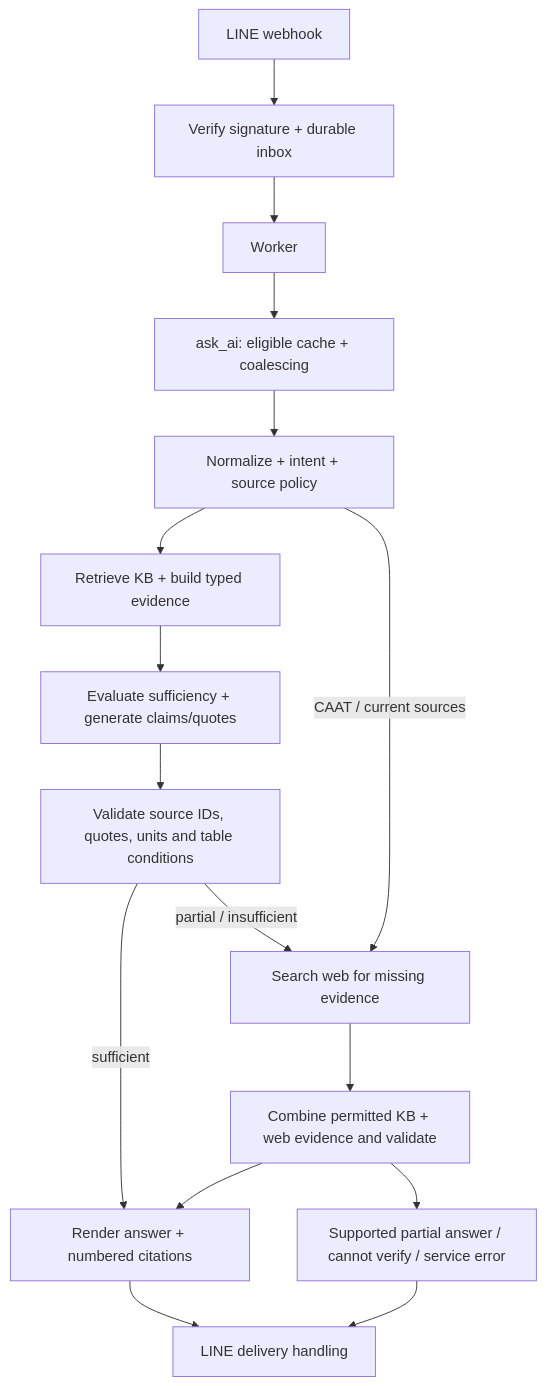
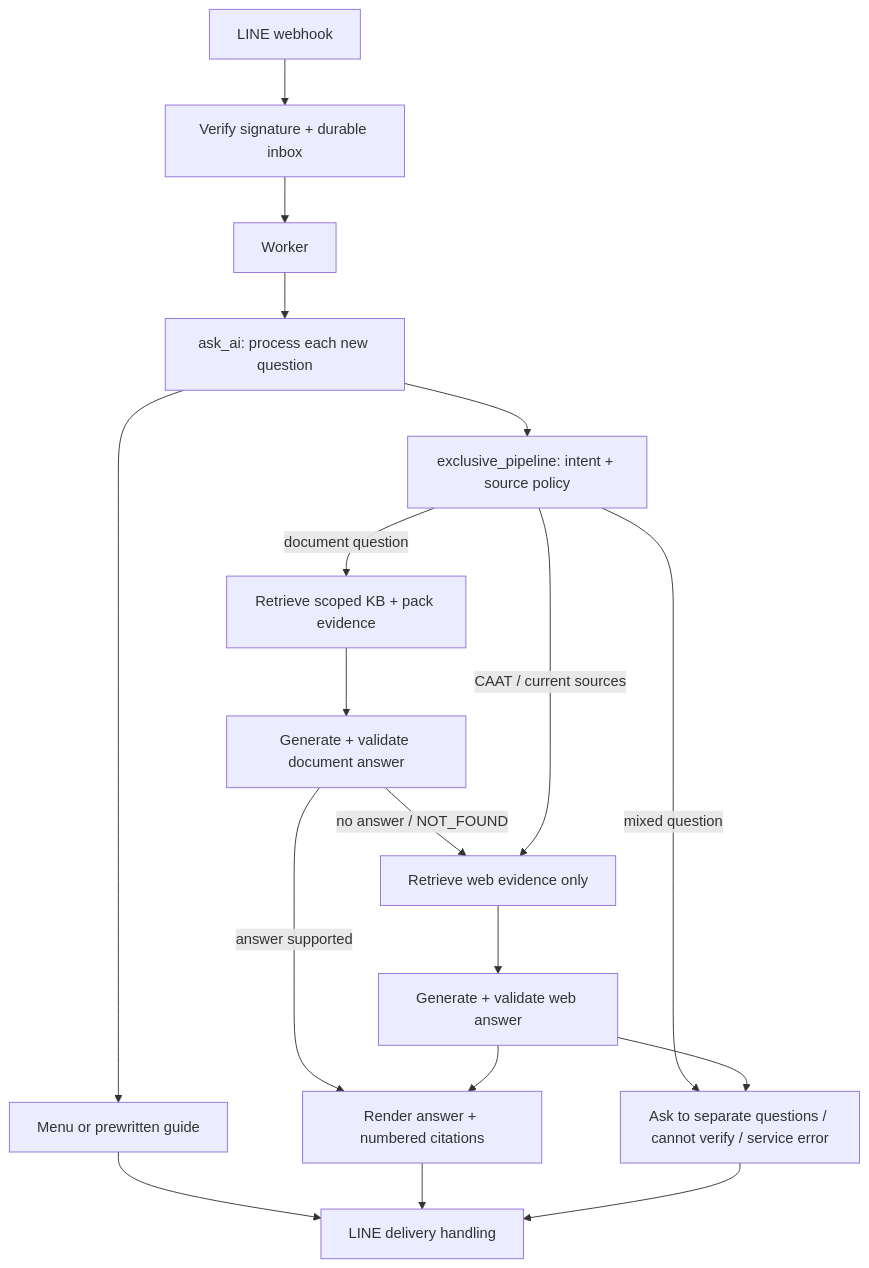
One commit to Kunasin-6444/WAD26-03-agriculture-drone-chatbot changed the diagram in docs/ARCHITECTURE.md. Above: the diagram before and after it, drawn with Mermaid. The commit also changed other lines of this file and 116 other files, not shown here.

````diff
--- a/docs/ARCHITECTURE.md
+++ b/docs/ARCHITECTURE.md
@@ -6,18 +27,20 @@
 ```mermaid
 flowchart TD
     LINE[LINE webhook] --> Inbox[Verify signature + durable inbox]
     Inbox --> Worker[Worker]
-    Worker --> Ask[ask_ai: eligible cache + coalescing]
-    Ask --> Route[Normalize + intent + source policy]
-    Route --> KB[Retrieve KB + build typed evidence]
-    KB --> Eval[Evaluate sufficiency + generate claims/quotes]
-    Eval --> Check[Validate source IDs, quotes, units and table conditions]
-    Check -->|sufficient| Render[Render answer + numbered citations]
-    Check -->|partial / insufficient| Web[Search web for missing evidence]
+    Worker --> Ask[ask_ai: process each new question]
+    Ask --> Menu[Menu or prewritten guide]
+    Menu --> Send[LINE delivery handling]
+    Ask --> Route[exclusive_pipeline: intent + source policy]
+    Route -->|mixed question| Limited[Ask to separate questions / cannot verify / service error]
+    Route -->|document question| KB[Retrieve scoped KB + pack evidence]
+    KB --> Eval[Generate + validate document answer]
+    Eval -->|answer supported| Render[Render answer + numbered citations]
+    Eval -->|no answer / NOT_FOUND| Web[Retrieve web evidence only]
     Route -->|CAAT / current sources| Web
-    Web --> Combined[Combine permitted KB + web evidence and validate]
-    Combined --> Render
-    Combined --> Limited[Supported partial answer / cannot verify / service error]
+    Web --> Check[Generate + validate web answer]
+    Check --> Render
+    Check --> Limited
     Render --> Send[LINE delivery handling]
     Limited --> Send
 ```
````
